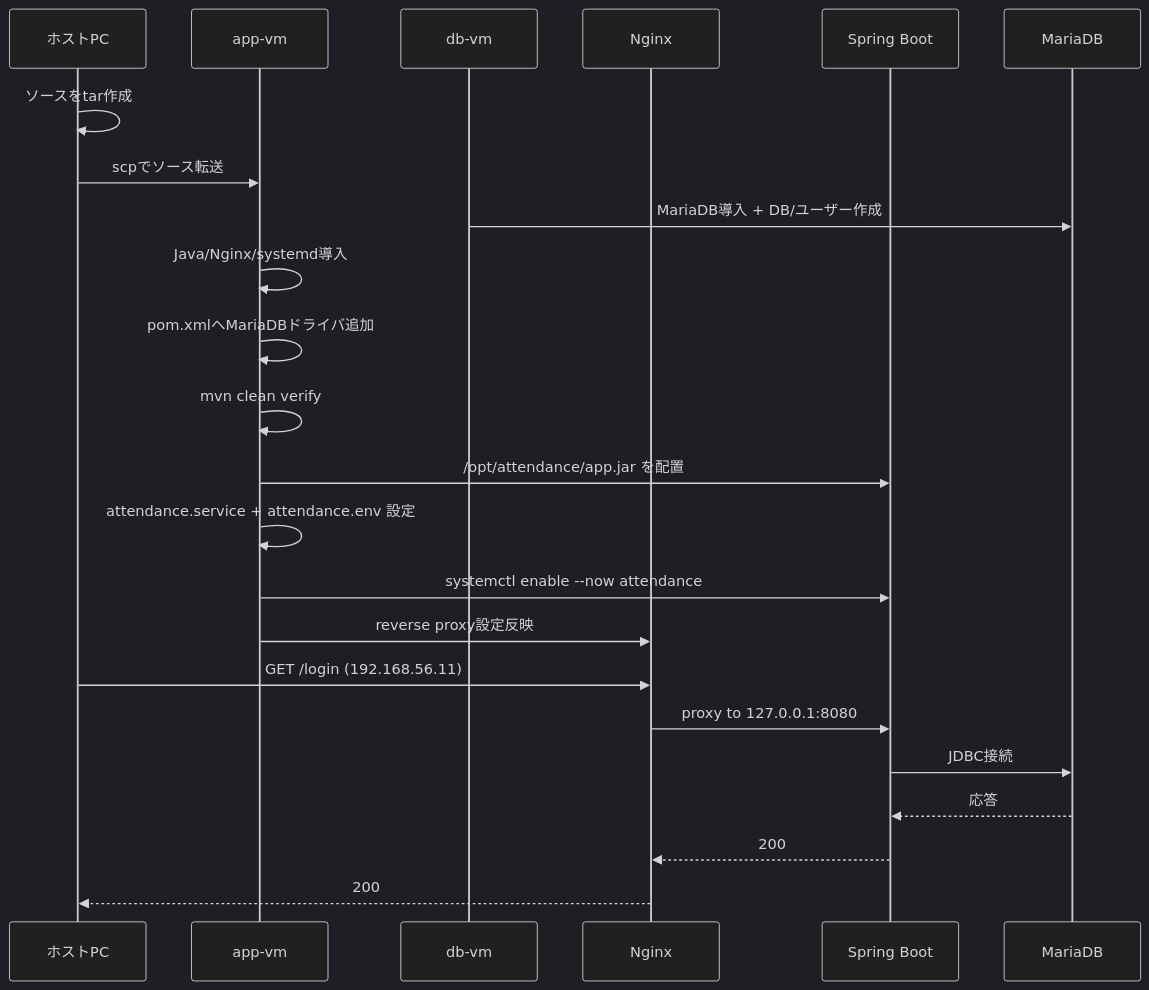
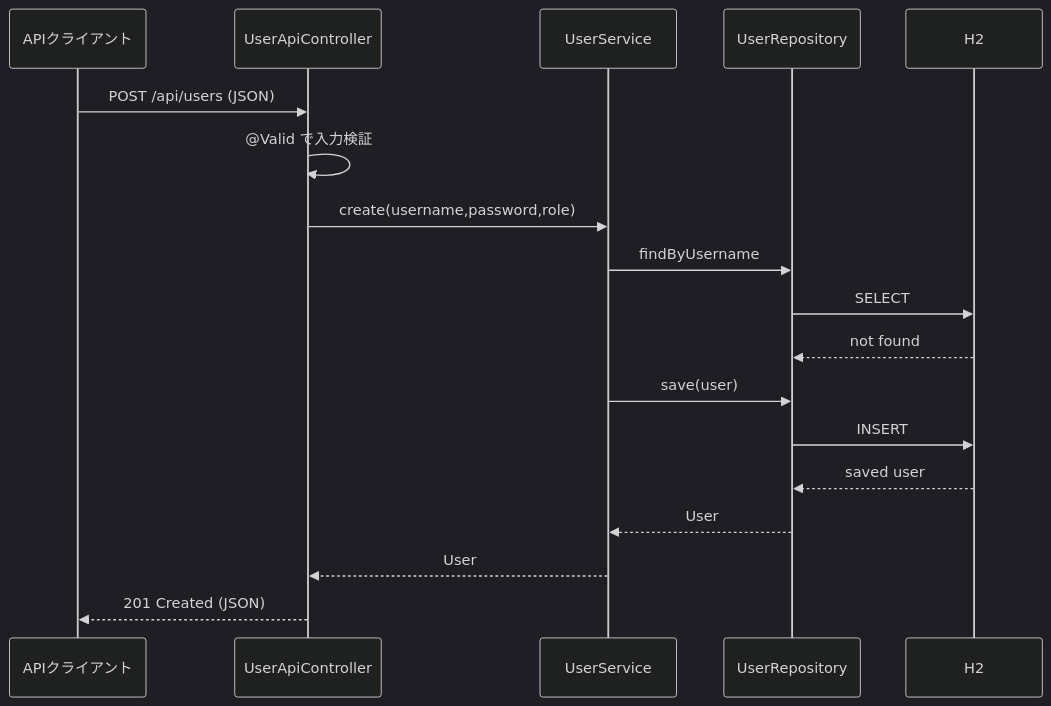
One commit to kiyomiya38/order-management-springboot changed the second of 3 diagrams in docs/curriculum/springboot/lesson06/lesson6.md. Above: the diagram before and after it, drawn with Mermaid (dark theme). The commit also changed other lines of this file and 82 other files, not shown here.

````diff
--- a/docs/curriculum/springboot/lesson06/lesson6.md
+++ b/docs/curriculum/springboot/lesson06/lesson6.md
@@ -69,27 +121,21 @@
 ```mermaid
 sequenceDiagram
-  participant Host as ホストPC
-  participant AppVM as app-vm
-  participant DbVM as db-vm
-  participant Nginx as Nginx
-  participant App as Spring Boot
-  participant DB as MariaDB
+  participant Client as APIクライアント
+  participant Ctrl as UserApiController
+  participant Service as UserService
+  participant Repo as UserRepository
+  participant DB as H2
 
-  Host->>Host: ソースをtar作成
-  Host->>AppVM: scpでソース転送
-  DbVM->>DB: MariaDB導入 + DB/ユーザー作成
-  AppVM->>AppVM: Java/Nginx/systemd導入
-  AppVM->>AppVM: pom.xmlへMariaDBドライバ追加
-  AppVM->>AppVM: mvn clean verify
-  AppVM->>App: /opt/attendance/app.jar を配置
-  AppVM->>AppVM: attendance.service + attendance.env 設定
-  AppVM->>App: systemctl enable --now attendance
-  AppVM->>Nginx: reverse proxy設定反映
-
-  Host->>Nginx: GET /login (192.168.56.11)
-  Nginx->>App: proxy to 127.0.0.1:8080
-  App->>DB: JDBC接続
-  DB-->>App: 応答
-  App-->>Nginx: 200
-  Nginx-->>Host: 200
+  Client->>Ctrl: POST /api/users (JSON)
+  Ctrl->>Ctrl: @Valid で入力検証
+  Ctrl->>Service: create(username,password,role)
+  Service->>Repo: findByUsername
+  Repo->>DB: SELECT
+  DB-->>Repo: not found
+  Service->>Repo: save(user)
+  Repo->>DB: INSERT
+  DB-->>Repo: saved user
+  Repo-->>Service: User
+  Service-->>Ctrl: User
+  Ctrl-->>Client: 201 Created (JSON)
 ```
````
